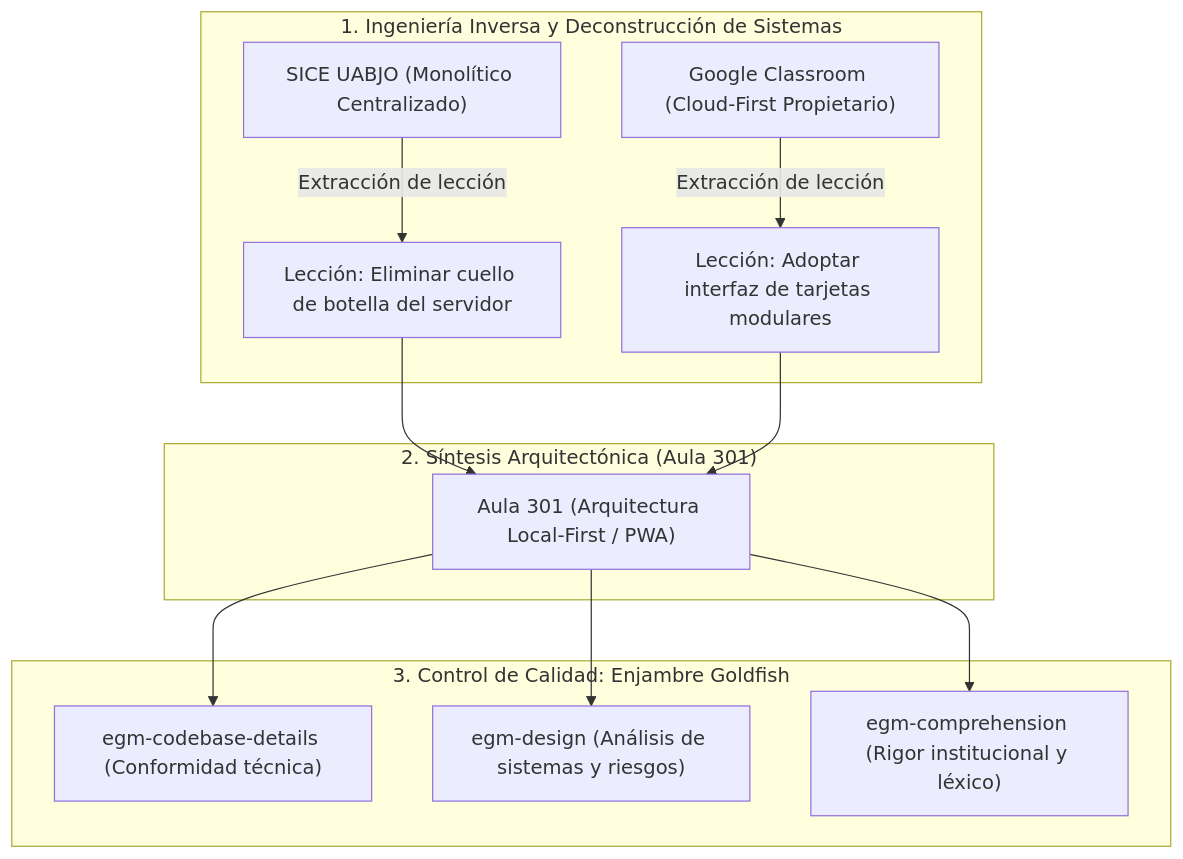
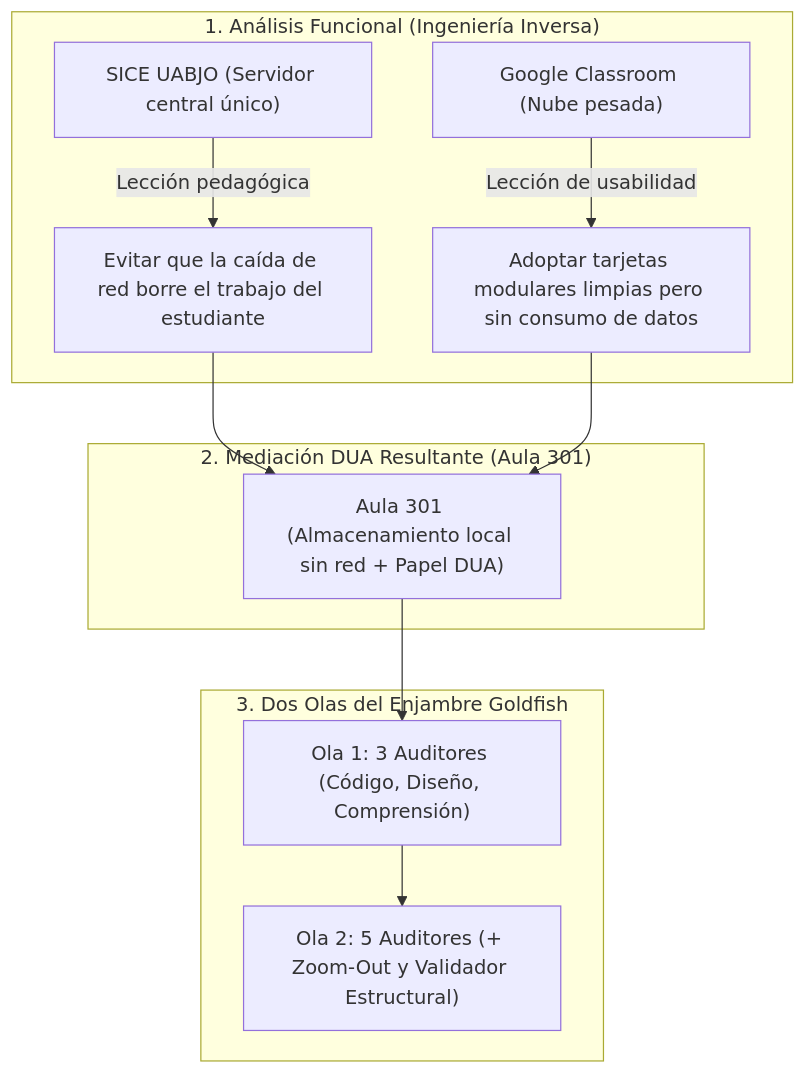
One commit to Tortaconflow/aula-301 changed the diagram in docs/METODOLOGIA_INGENIERIA_INVERSA_Y_AGENTES_GOLDFISH.md. Above: the diagram before and after it, drawn with Mermaid. The commit also changed other lines of this file and 24 other files, not shown here.

Commit message:
fix(goldfish-ola2): subsanar hallazgos de 5 auditores, enfoque en ciencias de la educacion, 3 minicasos activos y pptx/pdf actualizado

````diff
--- a/docs/METODOLOGIA_INGENIERIA_INVERSA_Y_AGENTES_GOLDFISH.md
+++ b/docs/METODOLOGIA_INGENIERIA_INVERSA_Y_AGENTES_GOLDFISH.md
@@ -42,18 +21,17 @@
 ```mermaid
 flowchart TD
-    subgraph Deconstruccion["1. Ingeniería Inversa y Deconstrucción de Sistemas"]
-        SICE["SICE UABJO (Monolítico Centralizado)"] -->|Extracción de lección| F1["Lección: Eliminar cuello de botella del servidor"]
-        CLASS["Google Classroom (Cloud-First Propietario)"] -->|Extracción de lección| F2["Lección: Adoptar interfaz de tarjetas modulares"]
+    subgraph Deconstruccion["1. Análisis Funcional (Ingeniería Inversa)"]
+        SICE["SICE UABJO (Servidor central único)"] -->|Lección pedagógica| F1["Evitar que la caída de red borre el trabajo del estudiante"]
+        CLASS["Google Classroom (Nube pesada)"] -->|Lección de usabilidad| F2["Adoptar tarjetas modulares limpias pero sin consumo de datos"]
     end
 
-    subgraph Sintesis["2. Síntesis Arquitectónica (Aula 301)"]
-        F1 --> AULA["Aula 301 (Arquitectura Local-First / PWA)"]
+    subgraph Sintesis["2. Mediación DUA Resultante (Aula 301)"]
+        F1 --> AULA["Aula 301 (Almacenamiento local sin red + Papel DUA)"]
         F2 --> AULA
     end
 
-    subgraph Auditoria["3. Control de Calidad: Enjambre Goldfish"]
-        AULA --> G1["egm-codebase-details (Conformidad técnica)"]
-        AULA --> G2["egm-design (Análisis de sistemas y riesgos)"]
-        AULA --> G3["egm-comprehension (Rigor institucional y léxico)"]
+    subgraph Auditoria["3. Dos Olas del Enjambre Goldfish"]
+        AULA --> O1["Ola 1: 3 Auditores (Código, Diseño, Comprensión)"]
+        O1 --> O2["Ola 2: 5 Auditores (+ Zoom-Out y Validador Estructural)"]
     end
 ```
````
